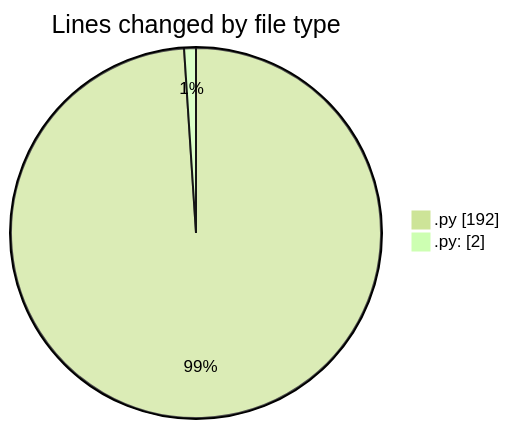
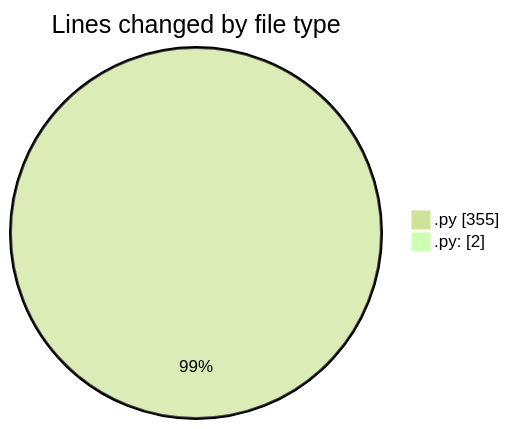
One commit to momahboobian/code-tracking changed the first of 2 diagrams in 2025-02-22/samplepdf/README.md. Above: the diagram before and after it, drawn with Mermaid (forest theme). The commit also changed other lines of this file and 1 other file, not shown here.

````diff
--- a/2025-02-22/samplepdf/README.md
+++ b/2025-02-22/samplepdf/README.md
@@ -24,6 +25,6 @@
 ```mermaid
 pie showData
 title Lines changed by file type
-".py" : 192
+".py" : 355
 ".py:" : 2
 ```
````
